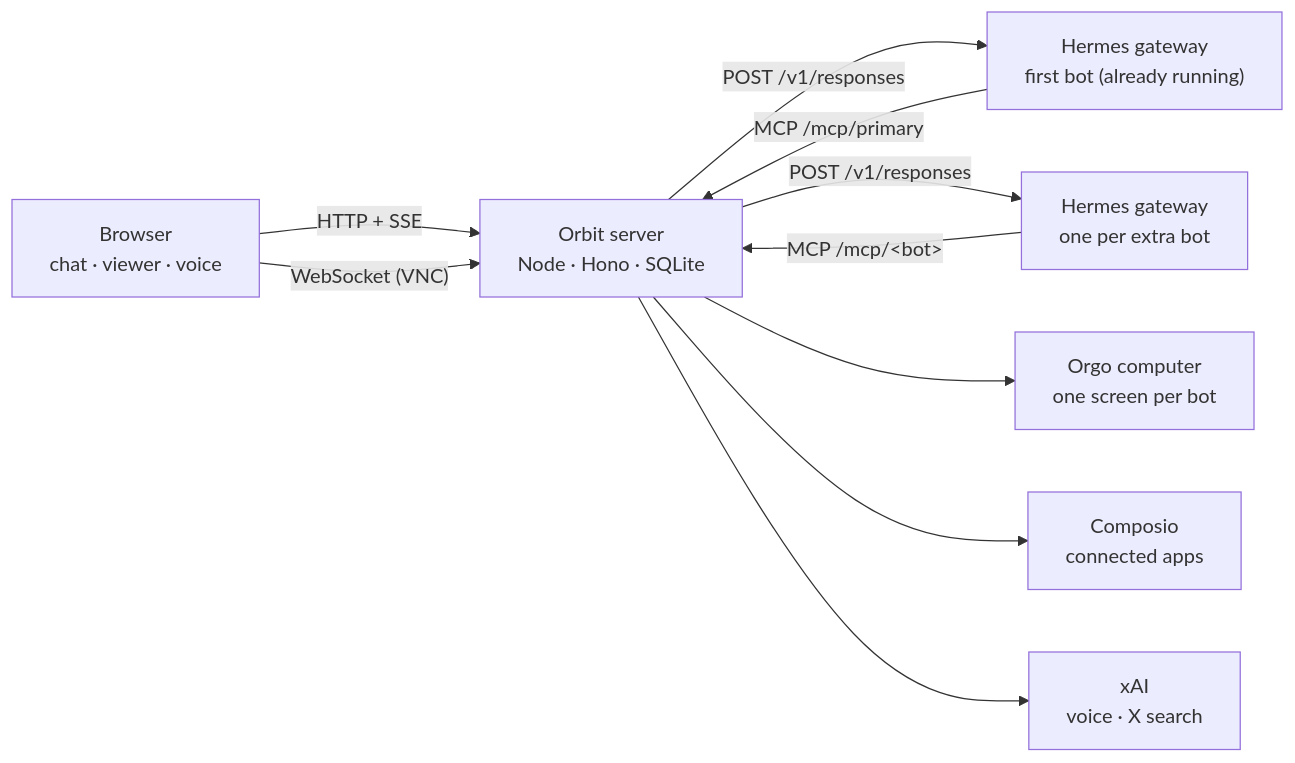
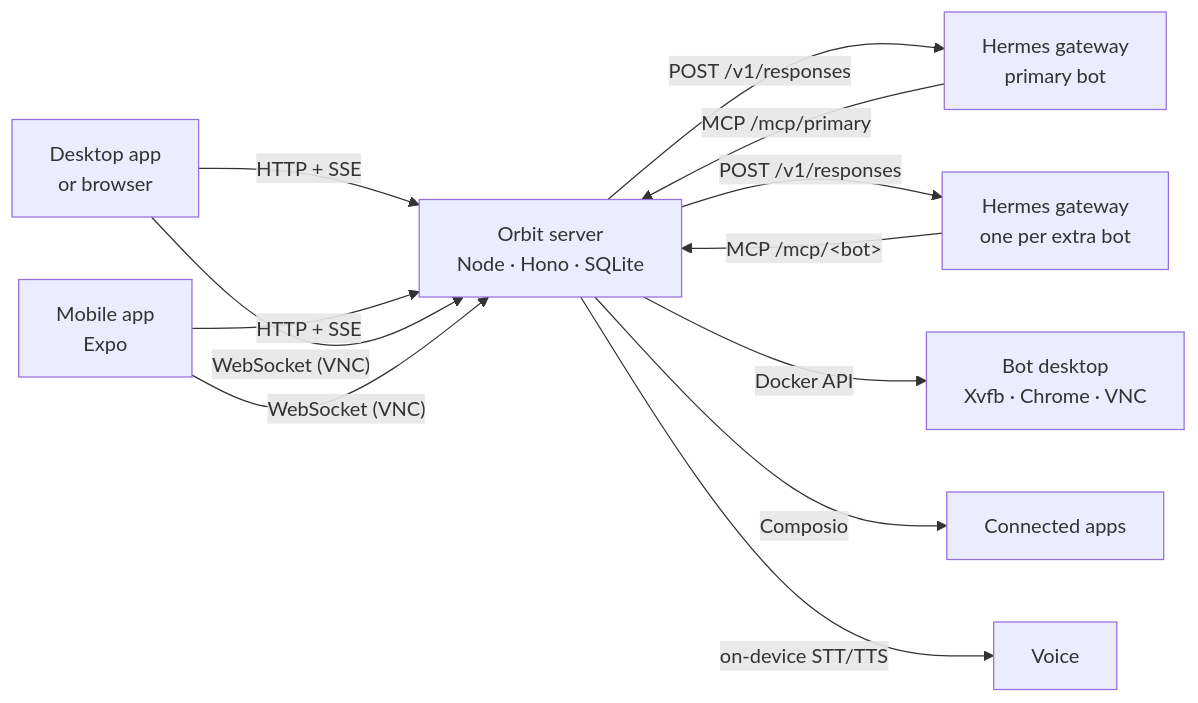
The diagram in README.md (raybello/orbit), drawn with Mermaid before and after one commit. The commit also changed other lines of this file and 154 other files, not shown here.

First line of the commit message:
refactor: domain/core/infra layers, type-safe boundaries, verified flows

````diff
--- a/README.md
+++ b/README.md
@@ -66,12 +115,14 @@
 ```mermaid
 flowchart LR
-  B["Browser<br/>chat · viewer · voice"] -- "HTTP + SSE" --> S["Orbit server<br/>Node · Hono · SQLite"]
+  B["Desktop app<br/>or browser"] -- "HTTP + SSE" --> S["Orbit server<br/>Node · Hono · SQLite"]
+  M["Mobile app<br/>Expo"] -- "HTTP + SSE" --> S
   B -- "WebSocket (VNC)" --> S
-  S -- "POST /v1/responses" --> H1["Hermes gateway<br/>first bot (already running)"]
+  M -- "WebSocket (VNC)" --> S
+  S -- "POST /v1/responses" --> H1["Hermes gateway<br/>primary bot"]
   S -- "POST /v1/responses" --> H2["Hermes gateway<br/>one per extra bot"]
   H1 -- "MCP /mcp/primary" --> S
   H2 -- "MCP /mcp/&lt;bot&gt;" --> S
-  S --> O["Orgo computer<br/>one screen per bot"]
-  S --> C["Composio<br/>connected apps"]
-  S --> X["xAI<br/>voice · X search"]
+  S -- "Docker API" --> C1["Bot desktop<br/>Xvfb · Chrome · VNC"]
+  S -- "Composio" --> A["Connected apps"]
+  S -- "on-device STT/TTS" --> V["Voice"]
 ```
````
